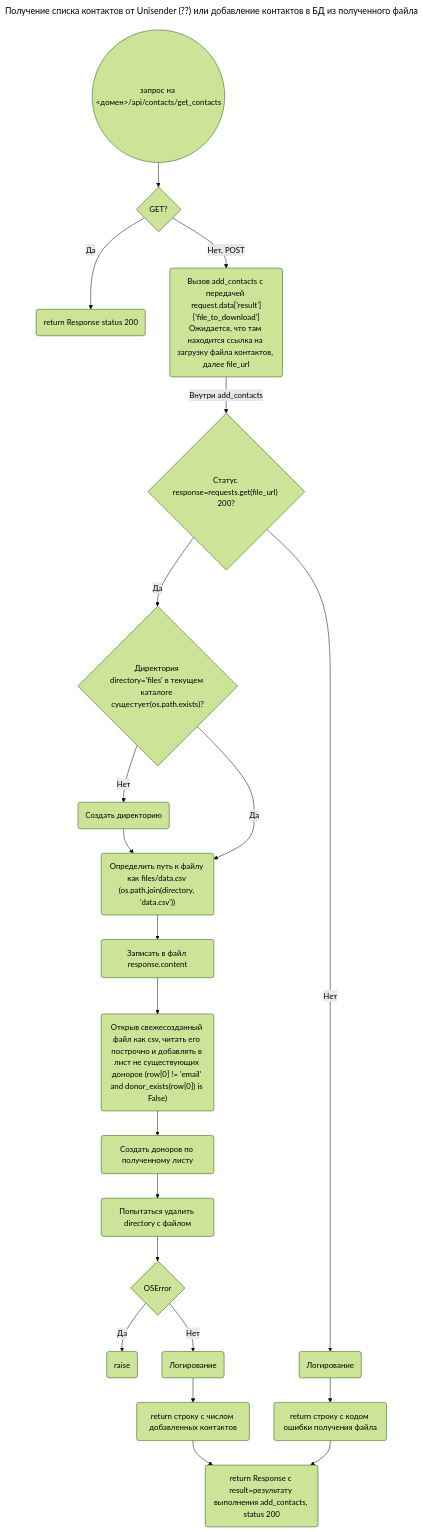
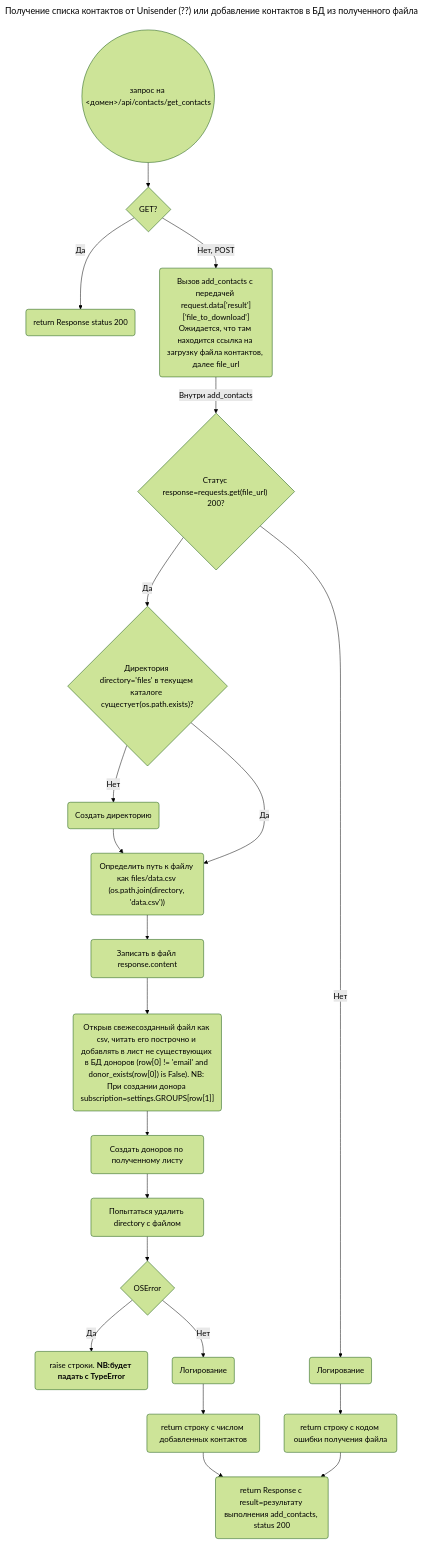
One commit to nko-nzhkc/nko changed the third of 5 diagrams in docs/project_description.md. Above: the diagram before and after it, drawn with Mermaid (forest theme). The commit also changed other lines of this file, not shown here.

````diff
--- a/docs/project_description.md
+++ b/docs/project_description.md
@@ -97,28 +95,28 @@
 ```mermaid
 ---
 title: Получение списка контактов от Unisender (??) или добавление контактов в БД из полученного файла
 ---
 flowchart TD
 A(запрос на <br><домен>/api/contacts/get_contacts)@{shape: circle}-->B{GET?}
 B --> |Да| B1(return Response status 200)
 B --> |Нет, POST| B2("`Вызов add_contacts c передачей request.data['result']['file_to_download']<br>Ожидается, что там находится ссылка на загрузку файла контактов, далее file_url`")
     B2 -->|Внутри add_contacts|B3
     B3{"Статус response=requests.get(file_url) 200?"}
     B3 -->|Да| B3a{"Директория directory='files' в текущем каталоге сущестует(os.path.exists)?"}
         B3a -->|Нет| B3c(Создать директорию)
             B3c--> B3d
         B3a -->|Да| B3d("Определить путь к файлу как files/data.csv (os.path.join(directory, 'data.csv'))")
             B3d --> B3e(Записать в файл response.content)
-            B3e --> B3f("Открыв свежесозданный файл как csv, читать его построчно и добавлять в лист не существующих доноров (row[0] != 'email' and donor_exists(row[0]) is False)")
+            B3e --> B3f("Открыв свежесозданный файл как csv, читать его построчно и добавлять в лист не существующих в БД доноров (row[0] != 'email' and donor_exists(row[0]) is False). NB: При создании донора subscription=settings.GROUPS[row[1]]")
             B3f --> B3g(Создать доноров по полученному листу)
             B3g --> B3h(Попытаться удалить directory с файлом)
             B3h --> B3i{OSError}
-                B3i -->|Да| B3i1(raise)
+                B3i -->|Да| B3i1("`raise строки. **NB:будет падать с TypeError**`")
                 B3i -->|Нет| B3i2(Логирование)
                     B3i2 --> B3j(return строку с числом добавленных контактов)
                     B3j --> C
     B3 -->|Нет| B3b(Логирование)
         B3b --> B4(return строку с кодом ошибки получения файла)
             B4 --> C
 C(return Response с result=результату выполнения add_contacts, status 200)
 ```
````
